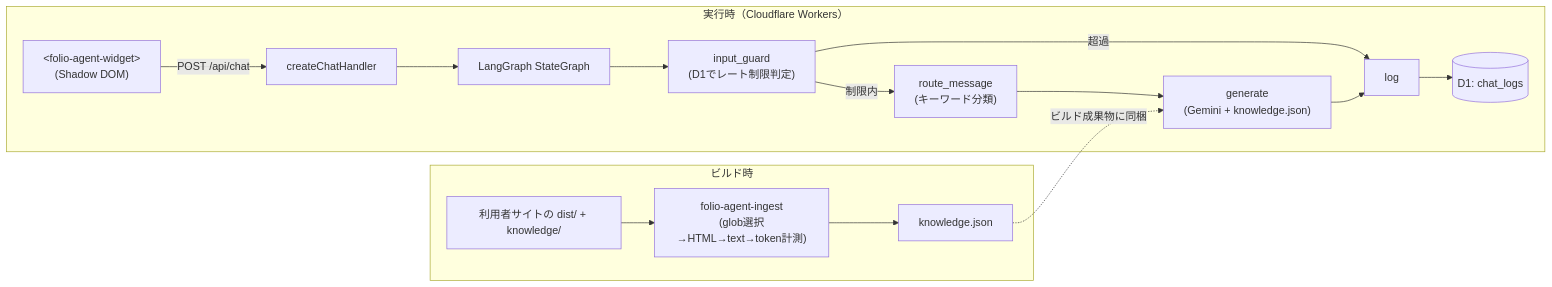
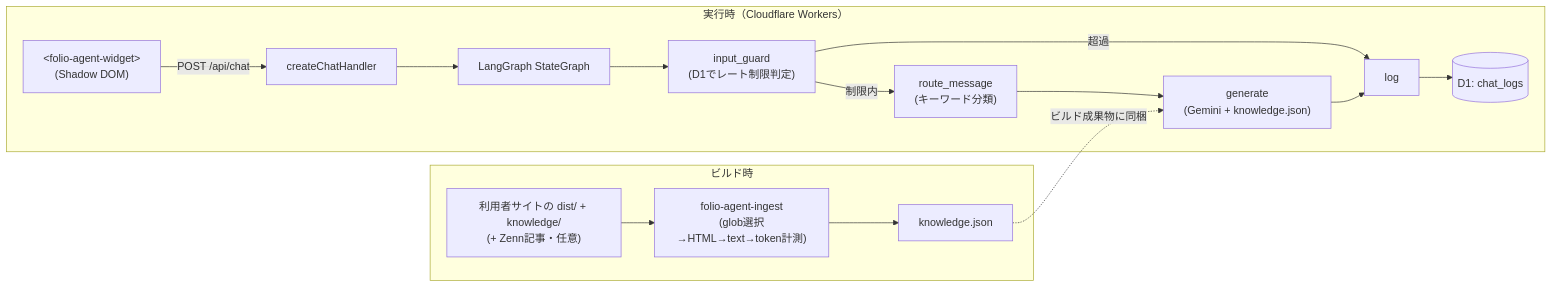
One commit to yktsnet/folio-agent changed the diagram in README.md. Above: the diagram before and after it, drawn with Mermaid. The commit also changed other lines of this file and 3 other files, not shown here.

````diff
--- a/README.md
+++ b/README.md
@@ -45,20 +45,20 @@
 ```mermaid
 flowchart LR
     subgraph Build["ビルド時"]
-        Dist["利用者サイトの dist/ + knowledge/"] --> CLI["folio-agent-ingest\n(glob選択→HTML→text→token計測)"]
+        Dist["利用者サイトの dist/ + knowledge/\n(+ Zenn記事・任意)"] --> CLI["folio-agent-ingest\n(glob選択→HTML→text→token計測)"]
         CLI --> KnowledgeJson["knowledge.json"]
     end
 
     subgraph Runtime["実行時（Cloudflare Workers）"]
         Widget["&lt;folio-agent-widget&gt;\n(Shadow DOM)"] -->|"POST /api/chat"| Handler["createChatHandler"]
         Handler --> Graph["LangGraph StateGraph"]
         Graph --> Guard["input_guard\n(D1でレート制限判定)"]
         Guard -->|"制限内"| Route["route_message\n(キーワード分類)"]
         Guard -->|"超過"| Log["log"]
         Route --> Generate["generate\n(Gemini + knowledge.json)"]
         Generate --> Log
         Log --> D1[("D1: chat_logs")]
     end
 
     KnowledgeJson -.->|"ビルド成果物に同梱"| Generate
 ```
````
